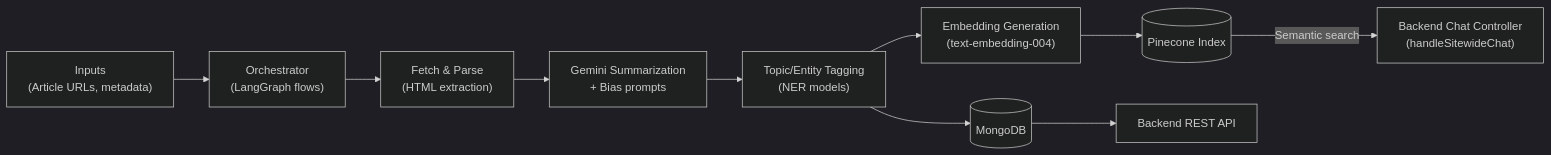
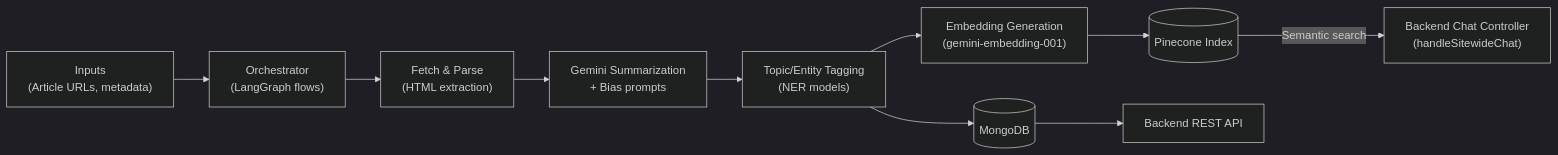
Before and after one commit to hoangsonww/AI-Gov-Content-Curator: diagram 15 of 19 in ARCHITECTURE.md, drawn with Mermaid (dark theme). The commit also changed other lines of this file and 85 other files, not shown here.

Commit message:
Update embedding model to use Google's gemini-embedding-001 in pinecone.service.ts

````diff
--- a/ARCHITECTURE.md
+++ b/ARCHITECTURE.md
@@ -795,12 +795,12 @@
 ```mermaid
 flowchart LR
     Inputs["Inputs<br/>(Article URLs, metadata)"] --> Planner["Orchestrator<br/>(LangGraph flows)"]
     Planner --> Fetcher["Fetch & Parse<br/>(HTML extraction)"]
     Fetcher --> Summarizer["Gemini Summarization<br/>+ Bias prompts"]
     Summarizer --> Tagger["Topic/Entity Tagging<br/>(NER models)"]
-    Tagger --> Vectorizer["Embedding Generation<br/>(text-embedding-004)"]
+    Tagger --> Vectorizer["Embedding Generation<br/>(gemini-embedding-001)"]
     Vectorizer --> Pinecone[(Pinecone Index)]
     Tagger --> Mongo[(MongoDB)]
     Pinecone -->|Semantic search| ChatCtlr["Backend Chat Controller<br/>(handleSitewideChat)"]
     Mongo --> API["Backend REST API"]
 ```
````
